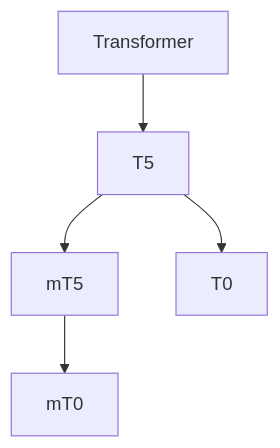
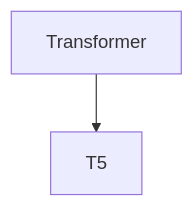
The ninth of 17 diagrams in doc/llm.md (ted-sharp/chatvox), drawn with Mermaid before and after one commit. The commit also changed other lines of this file, not shown here.

````diff
--- a/doc/llm.md
+++ b/doc/llm.md
@@ -369,7 +359,5 @@
 ```mermaid
 flowchart
 
-Transformer --> T5 --> mT5
-T5 --> T0
-mT5 --> mT0
+Transformer --> T5
 ```
````
